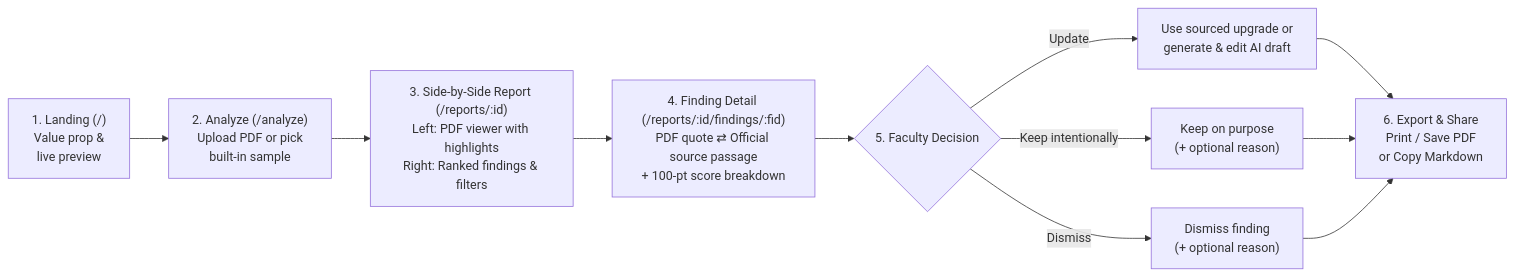
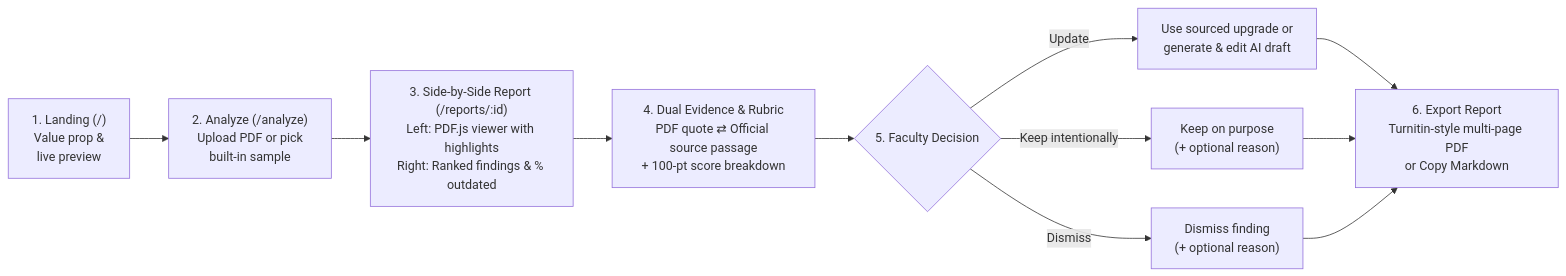
Before and after one commit to educ-jkescritor/GroundEd: the second of 2 diagrams in README.md, drawn with Mermaid. The commit also changed other lines of this file and 7 other files, not shown here.

First line of the commit message:
docs: refresh README, architecture, API examples and user flows

````diff
--- a/README.md
+++ b/README.md
@@ -106,11 +106,11 @@
 ```mermaid
 flowchart LR
     L["1. Landing (/)<br/>Value prop &<br/>live preview"] --> A["2. Analyze (/analyze)<br/>Upload PDF or pick<br/>built-in sample"]
-    A --> R["3. Side-by-Side Report (/reports/:id)<br/>Left: PDF viewer with highlights<br/>Right: Ranked findings & filters"]
-    R --> FD["4. Finding Detail (/reports/:id/findings/:fid)<br/>PDF quote ⇄ Official source passage<br/>+ 100-pt score breakdown"]
-    FD --> D{"5. Faculty Decision"}
+    A --> R["3. Side-by-Side Report (/reports/:id)<br/>Left: PDF.js viewer with highlights<br/>Right: Ranked findings & % outdated"]
+    R --> EV["4. Dual Evidence & Rubric<br/>PDF quote ⇄ Official source passage<br/>+ 100-pt score breakdown"]
+    EV --> D{"5. Faculty Decision"}
     D -->|"Update"| U["Use sourced upgrade or<br/>generate & edit AI draft"]
     D -->|"Keep intentionally"| K["Keep on purpose<br/>(+ optional reason)"]
     D -->|"Dismiss"| X["Dismiss finding<br/>(+ optional reason)"]
-    U & K & X --> E["6. Export & Share<br/>Print / Save PDF<br/>or Copy Markdown"]
+    U & K & X --> E["6. Export Report<br/>Turnitin-style multi-page PDF<br/>or Copy Markdown"]
 ```
````
